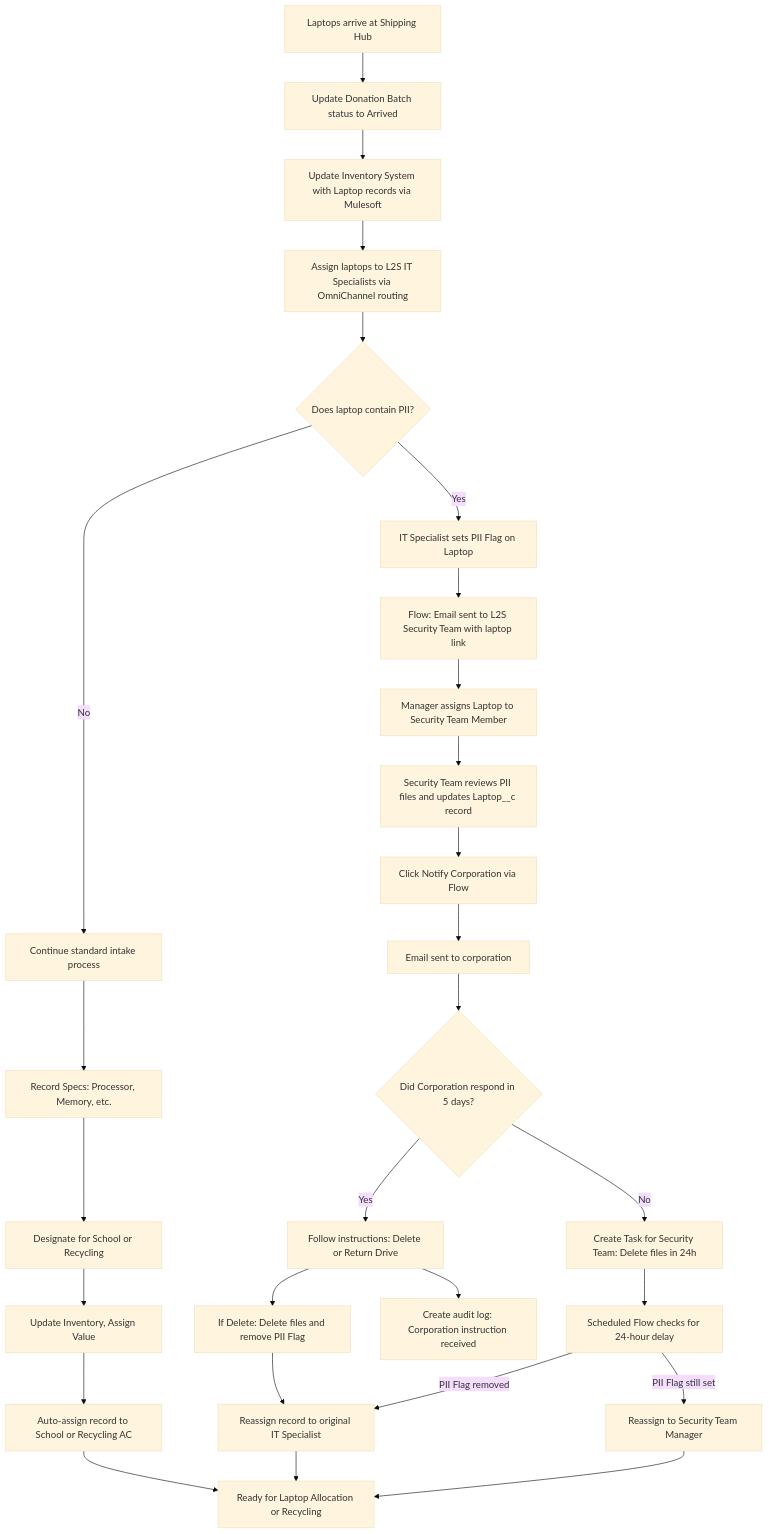
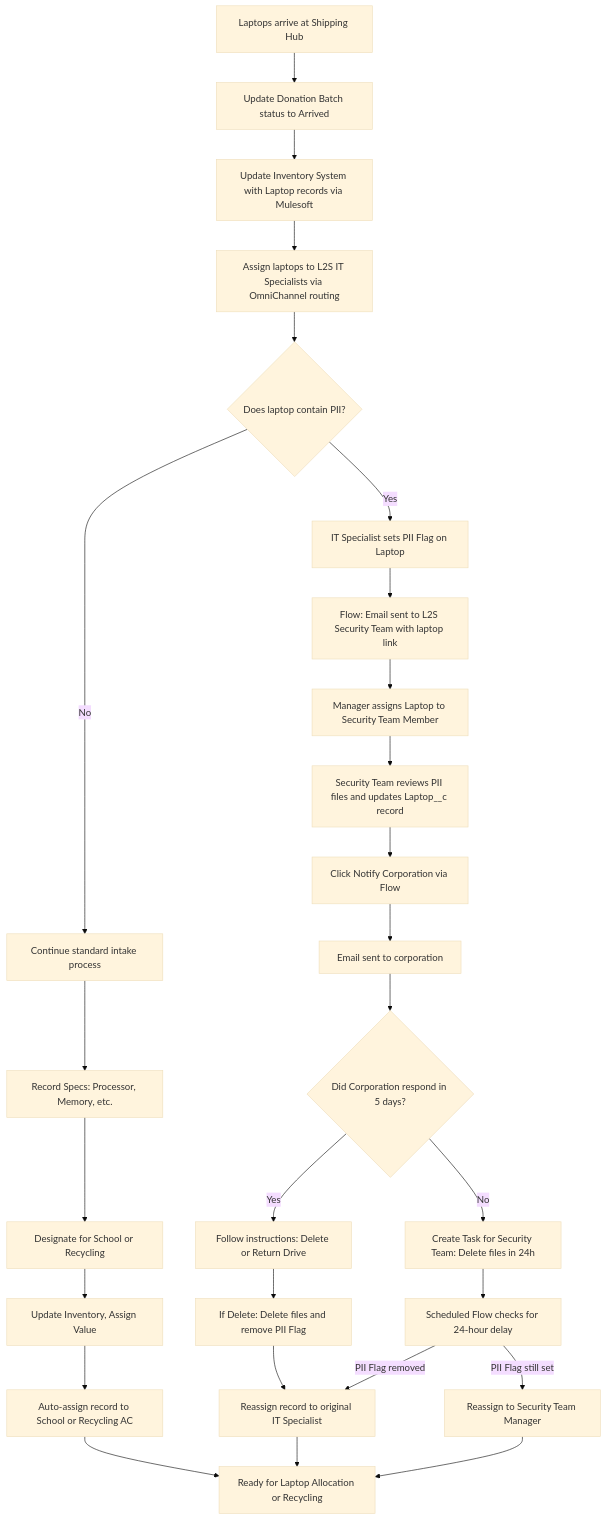
One commit to matthew-zolp/Laptops2Schools changed the diagram in BusinessProcessFlowDiagrams/L2S_Step_3_Laptop_Intake.md. Above: the diagram before and after it, drawn with Mermaid (base theme).

````diff
--- a/BusinessProcessFlowDiagrams/L2S_Step_3_Laptop_Intake.md
+++ b/BusinessProcessFlowDiagrams/L2S_Step_3_Laptop_Intake.md
@@ -3,32 +3,31 @@
 ```mermaid
 flowchart TD
     A[Laptops arrive at Shipping Hub] --> B[Update Donation Batch status to Arrived]
     B --> C1[Update Inventory System with Laptop records via Mulesoft]
     C1 --> C[Assign laptops to L2S IT Specialists via OmniChannel routing]
     C --> D{Does laptop contain PII?}
     D -- No --> E[Continue standard intake process]
     E --> E1[Record Specs: Processor, Memory, etc.]
     E1 --> E2[Designate for School or Recycling]
     E2 --> E3[Update Inventory, Assign Value]
     E3 --> E4[Auto-assign record to School or Recycling AC]
     D -- Yes --> F[IT Specialist sets PII Flag on Laptop]
     F --> G[Flow: Email sent to L2S Security Team with laptop link]
     G --> H[Manager assigns Laptop to Security Team Member]
     H --> I[Security Team reviews PII files and updates Laptop__c record]
     I --> J[Click Notify Corporation via Flow]
     J --> K[Email sent to corporation]
     K --> L{Did Corporation respond in 5 days?}
     L -- Yes --> M[Follow instructions: Delete or Return Drive]
     M --> N[If Delete: Delete files and remove PII Flag]
     N --> O[Reassign record to original IT Specialist]
     L -- No --> P[Create Task for Security Team: Delete files in 24h]
     P --> Q[Scheduled Flow checks for 24-hour delay]
     Q -- PII Flag removed --> O
     Q -- PII Flag still set --> R[Reassign to Security Team Manager]
     %% Audit Trail (optional enhancement)
-    M --> AT3[Create audit log: Corporation instruction received]
     %% End state
     E4 --> Z[Ready for Laptop Allocation or Recycling]
     O --> Z
     R --> Z
 ```
````
